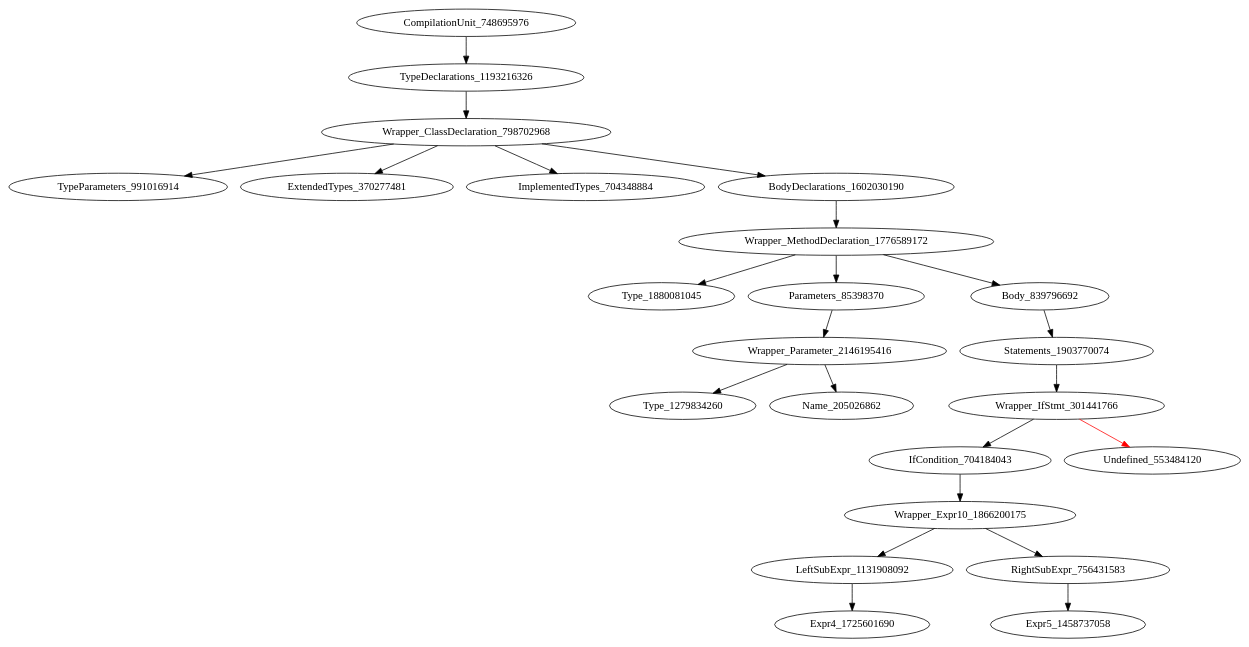
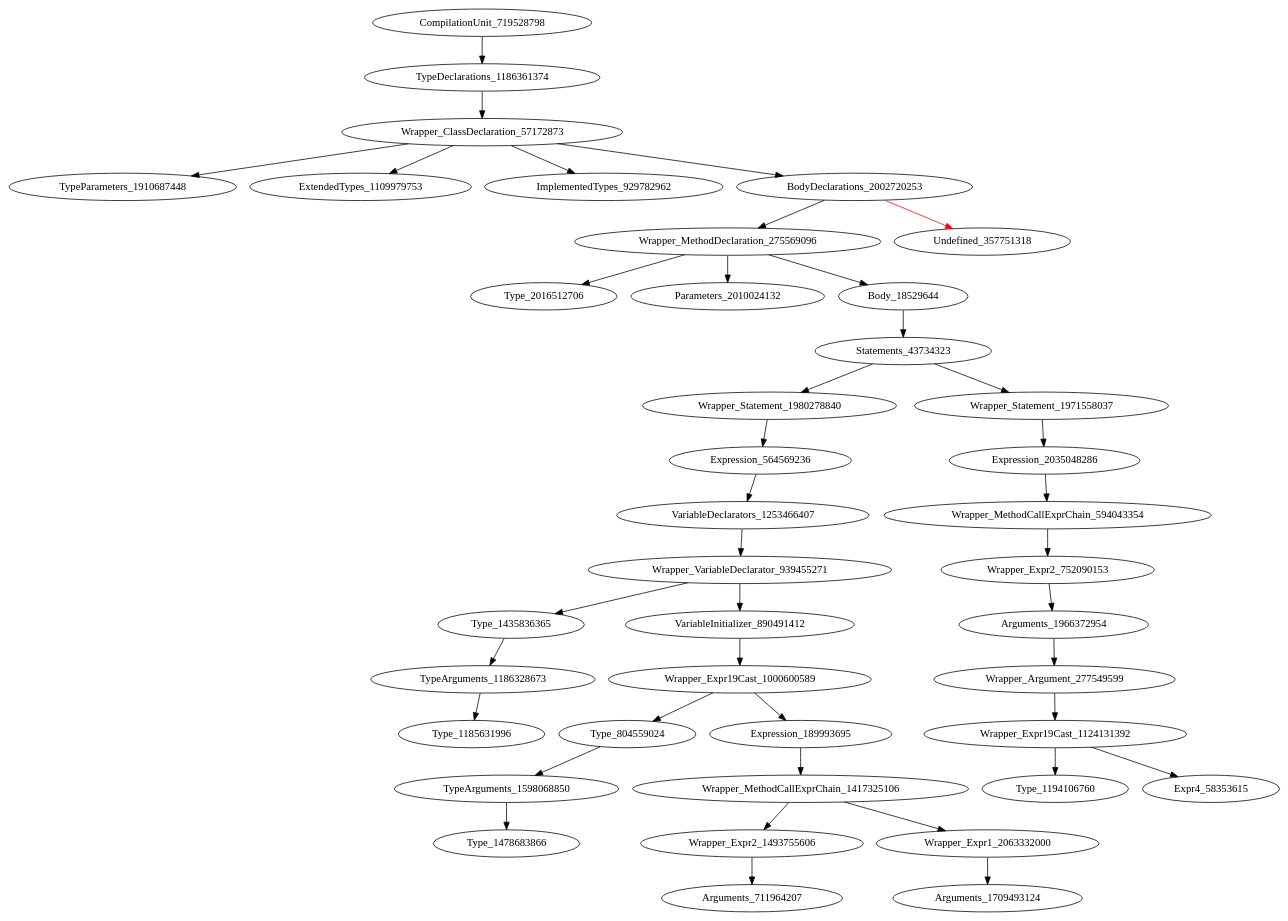
One commit to icse2023material/VoiceJava changed the diagram in holeAST.dot. Above: the diagram before and after it, drawn with Graphviz. The commit also changed 5 other files, not shown here.

Commit message:
[add] cast expression support complex type

```diff
--- a/holeAST.dot
+++ b/holeAST.dot
@@ -1,24 +1,41 @@
 digraph {
-CompilationUnit_748695976 -> TypeDeclarations_1193216326
-TypeDeclarations_1193216326 -> Wrapper_ClassDeclaration_798702968
-Wrapper_ClassDeclaration_798702968 -> TypeParameters_991016914
-Wrapper_ClassDeclaration_798702968 -> ExtendedTypes_370277481
-Wrapper_ClassDeclaration_798702968 -> ImplementedTypes_704348884
-Wrapper_ClassDeclaration_798702968 -> BodyDeclarations_1602030190
-BodyDeclarations_1602030190 -> Wrapper_MethodDeclaration_1776589172
-Wrapper_MethodDeclaration_1776589172 -> Type_1880081045
-Wrapper_MethodDeclaration_1776589172 -> Parameters_85398370
-Wrapper_MethodDeclaration_1776589172 -> Body_839796692
-Parameters_85398370 -> Wrapper_Parameter_2146195416
-Body_839796692 -> Statements_1903770074
-Wrapper_Parameter_2146195416 -> Type_1279834260
-Wrapper_Parameter_2146195416 -> Name_205026862
-Statements_1903770074 -> Wrapper_IfStmt_301441766
-Wrapper_IfStmt_301441766 -> IfCondition_704184043
-Wrapper_IfStmt_301441766 -> Undefined_553484120 [color = red] 
-IfCondition_704184043 -> Wrapper_Expr10_1866200175
-Wrapper_Expr10_1866200175 -> LeftSubExpr_1131908092
-Wrapper_Expr10_1866200175 -> RightSubExpr_756431583
-LeftSubExpr_1131908092 -> Expr4_1725601690
-RightSubExpr_756431583 -> Expr5_1458737058
+CompilationUnit_719528798 -> TypeDeclarations_1186361374
+TypeDeclarations_1186361374 -> Wrapper_ClassDeclaration_57172873
+Wrapper_ClassDeclaration_57172873 -> TypeParameters_1910687448
+Wrapper_ClassDeclaration_57172873 -> ExtendedTypes_1109979753
+Wrapper_ClassDeclaration_57172873 -> ImplementedTypes_929782962
+Wrapper_ClassDeclaration_57172873 -> BodyDeclarations_2002720253
+BodyDeclarations_2002720253 -> Wrapper_MethodDeclaration_275569096
+BodyDeclarations_2002720253 -> Undefined_357751318 [color = red] 
+Wrapper_MethodDeclaration_275569096 -> Type_2016512706
+Wrapper_MethodDeclaration_275569096 -> Parameters_2010024132
+Wrapper_MethodDeclaration_275569096 -> Body_18529644
+Body_18529644 -> Statements_43734323
+Statements_43734323 -> Wrapper_Statement_1980278840
+Statements_43734323 -> Wrapper_Statement_1971558037
+Wrapper_Statement_1980278840 -> Expression_564569236
+Wrapper_Statement_1971558037 -> Expression_2035048286
+Expression_564569236 -> VariableDeclarators_1253466407
+Expression_2035048286 -> Wrapper_MethodCallExprChain_594043354
+VariableDeclarators_1253466407 -> Wrapper_VariableDeclarator_939455271
+Wrapper_MethodCallExprChain_594043354 -> Wrapper_Expr2_752090153
+Wrapper_VariableDeclarator_939455271 -> Type_1435836365
+Wrapper_VariableDeclarator_939455271 -> VariableInitializer_890491412
+Wrapper_Expr2_752090153 -> Arguments_1966372954
+Type_1435836365 -> TypeArguments_1186328673
+VariableInitializer_890491412 -> Wrapper_Expr19Cast_1000600589
+Arguments_1966372954 -> Wrapper_Argument_277549599
+TypeArguments_1186328673 -> Type_1185631996
+Wrapper_Expr19Cast_1000600589 -> Type_804559024
+Wrapper_Expr19Cast_1000600589 -> Expression_189993695
+Wrapper_Argument_277549599 -> Wrapper_Expr19Cast_1124131392
+Type_804559024 -> TypeArguments_1598068850
+Expression_189993695 -> Wrapper_MethodCallExprChain_1417325106
+Wrapper_Expr19Cast_1124131392 -> Type_1194106760
+Wrapper_Expr19Cast_1124131392 -> Expr4_58353615
+TypeArguments_1598068850 -> Type_1478683866
+Wrapper_MethodCallExprChain_1417325106 -> Wrapper_Expr2_1493755606
+Wrapper_MethodCallExprChain_1417325106 -> Wrapper_Expr1_2063332000
+Wrapper_Expr2_1493755606 -> Arguments_711964207
+Wrapper_Expr1_2063332000 -> Arguments_1709493124
 }
```
